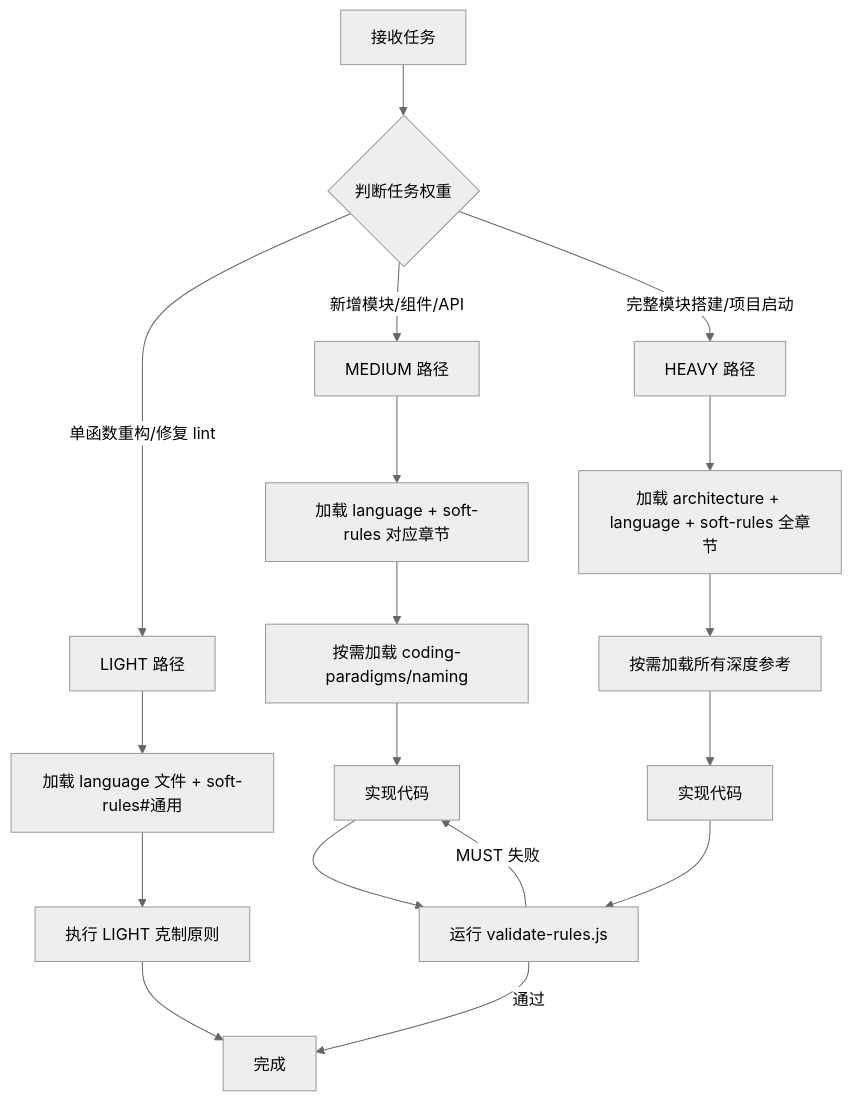
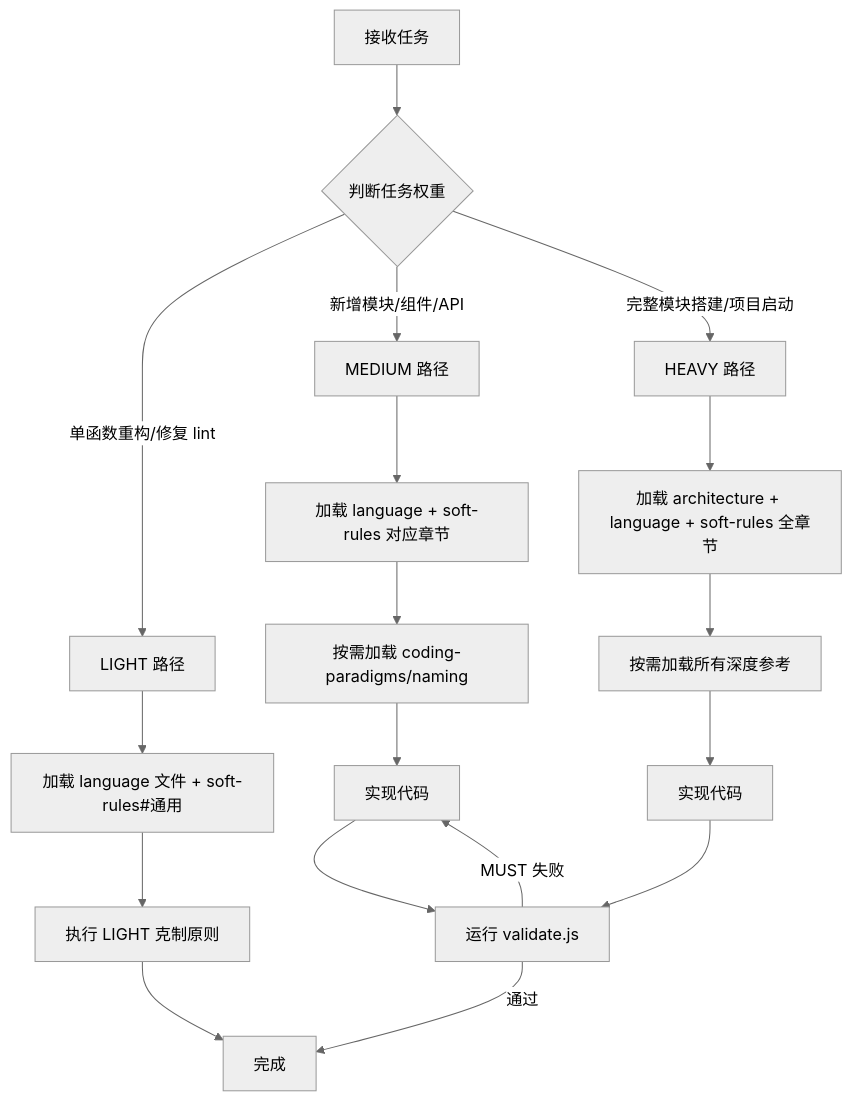
One commit to YuluoY/claude-uluo changed the diagram in skills/uluo-web-standards/SKILL.md. Above: the diagram before and after it, drawn with Mermaid (neutral theme). The commit also changed other lines of this file and 179 other files, not shown here.

````diff
--- a/skills/uluo-web-standards/SKILL.md
+++ b/skills/uluo-web-standards/SKILL.md
@@ -23,23 +23,23 @@
 ```mermaid
 flowchart TD
     S[接收任务] --> W{判断任务权重}
     W -->|单函数重构/修复 lint| L[LIGHT 路径]
     W -->|新增模块/组件/API| M[MEDIUM 路径]
     W -->|完整模块搭建/项目启动| H[HEAVY 路径]
 
     L --> L1[加载 language 文件 + soft-rules#通用]
     L1 --> L2[执行 LIGHT 克制原则]
     L2 --> DONE[完成]
 
     M --> M1[加载 language + soft-rules 对应章节]
     M1 --> M2[按需加载 coding-paradigms/naming]
     M2 --> M3[实现代码]
-    M3 --> V[运行 validate-rules.js]
+    M3 --> V[运行 validate.js]
     V -->|MUST 失败| M3
     V -->|通过| DONE
 
     H --> H1[加载 architecture + language + soft-rules 全章节]
     H1 --> H2[按需加载所有深度参考]
     H2 --> H3[实现代码]
     H3 --> V
 ```
````
